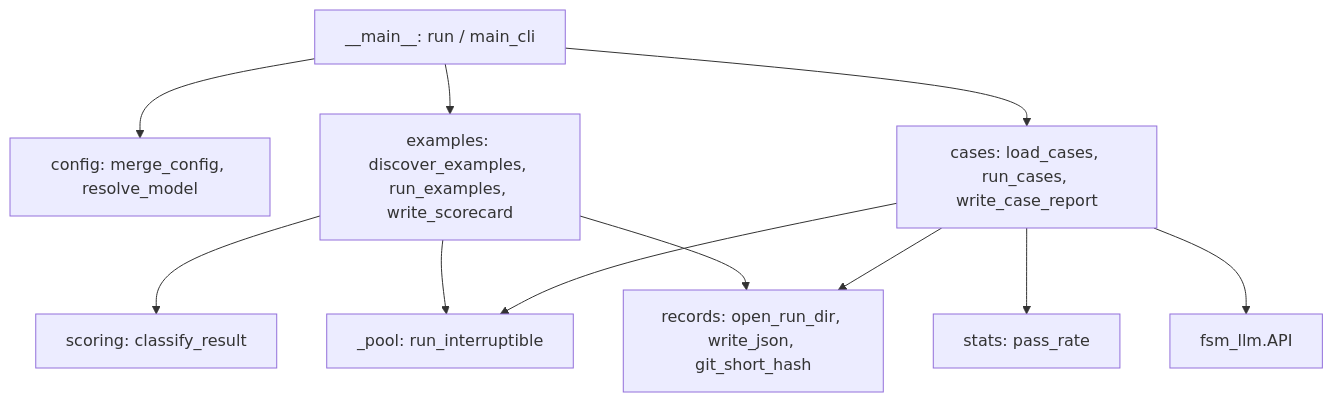
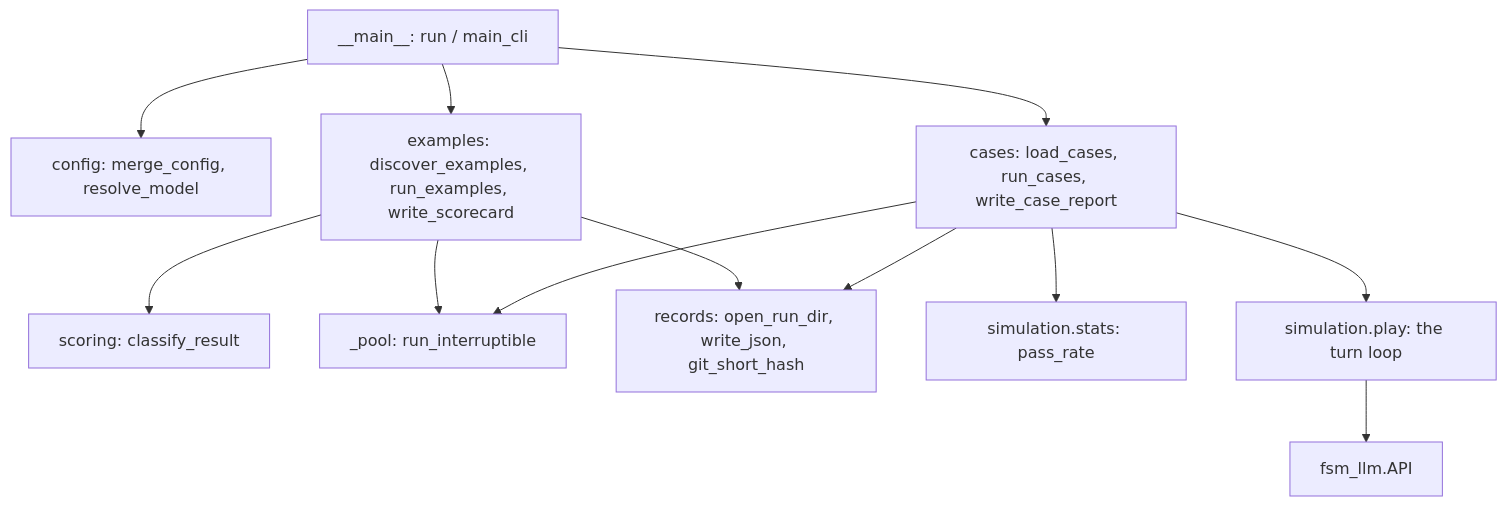
Before and after one commit to NikolasMarkou/fsm_llm: the diagram in src/fsm_llm/eval/AGENTS.md, drawn with Mermaid. The commit also changed other lines of this file and 18 other files, not shown here.

````diff
--- a/src/fsm_llm/eval/AGENTS.md
+++ b/src/fsm_llm/eval/AGENTS.md
@@ -19,13 +19,14 @@
 ```mermaid
 flowchart TD
     cli[__main__: run / main_cli] --> cfg[config: merge_config, resolve_model]
     cli --> ex[examples: discover_examples, run_examples, write_scorecard]
     cli --> cs[cases: load_cases, run_cases, write_case_report]
     ex --> sc[scoring: classify_result]
     ex --> pool[_pool: run_interruptible]
     cs --> pool
     ex --> rec[records: open_run_dir, write_json, git_short_hash]
     cs --> rec
-    cs --> st[stats: pass_rate]
-    cs --> api[fsm_llm.API]
+    cs --> st[simulation.stats: pass_rate]
+    cs --> pl[simulation.play: the turn loop]
+    pl --> api[fsm_llm.API]
 ```
````
